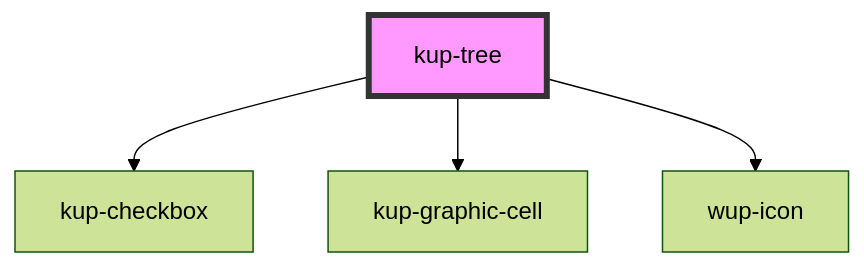
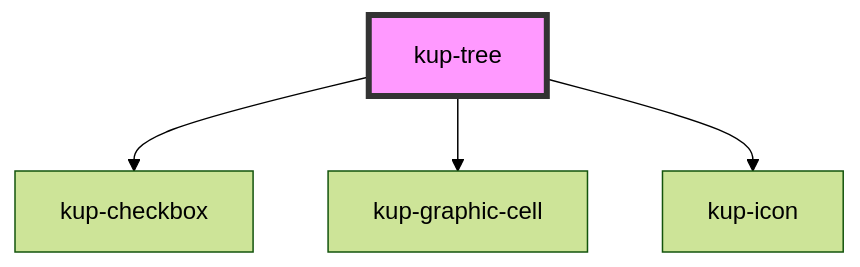
The diagram in packages/ketchup/src/components/kup-tree/readme.md (smeup/ketchup), drawn with Mermaid (forest theme) before and after one commit. The commit also changed other lines of this file and 60 other files, not shown here.

Commit message:
wup icon > kup icon. Fixes to showcase. Regen of readme files.

````diff
--- a/packages/ketchup/src/components/kup-tree/readme.md
+++ b/packages/ketchup/src/components/kup-tree/readme.md
@@ -101,7 +101,7 @@
 ```mermaid
 graph TD;
   kup-tree --> kup-checkbox
   kup-tree --> kup-graphic-cell
-  kup-tree --> wup-icon
+  kup-tree --> kup-icon
   style kup-tree fill:#f9f,stroke:#333,stroke-width:4px
 ```
````
